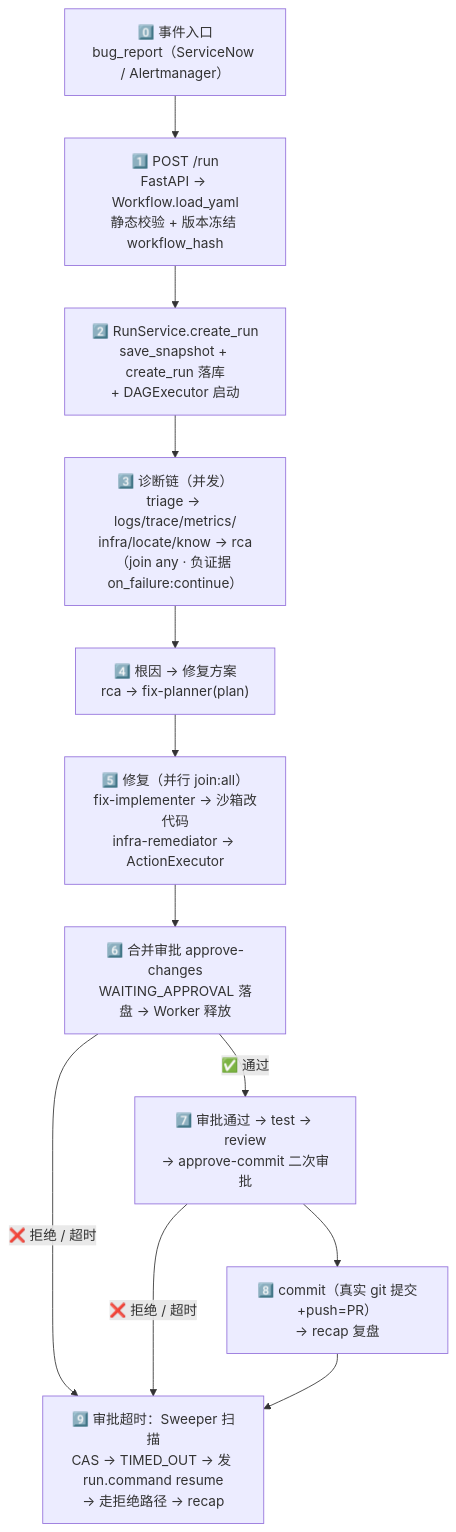
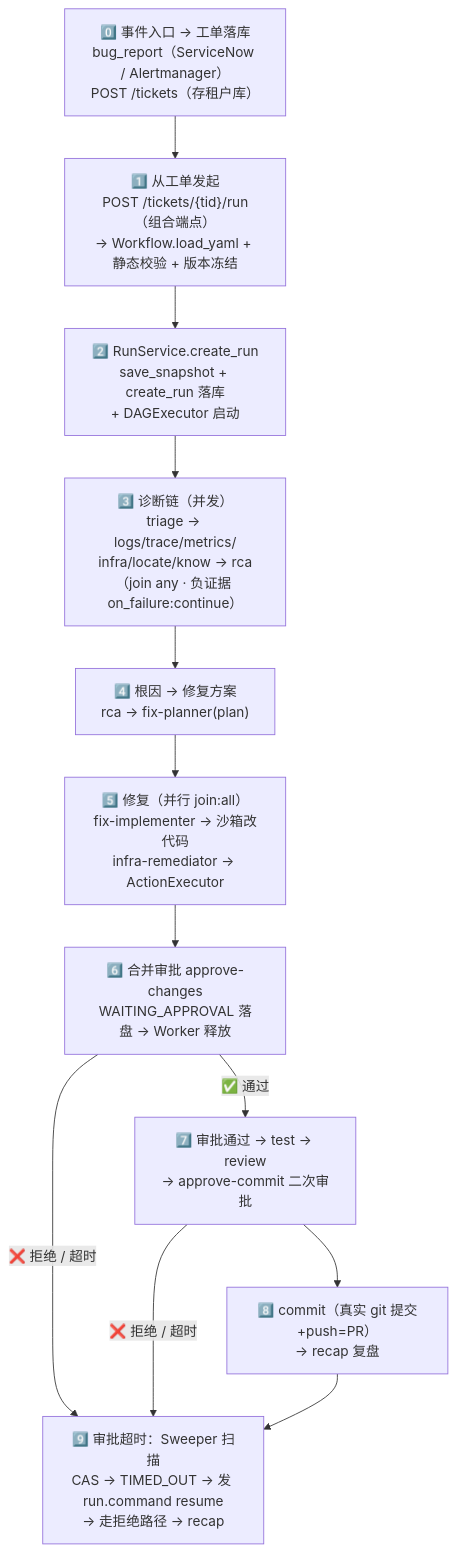
The second of 2 diagrams in PROJECT_FLOW_zh-CN.md (aiops-platform/multi-agent-workflow), drawn with Mermaid before and after one commit. The commit also changed other lines of this file and 10 other files, not shown here.

````diff
--- a/PROJECT_FLOW_zh-CN.md
+++ b/PROJECT_FLOW_zh-CN.md
@@ -98,19 +98,19 @@
 ```mermaid
 flowchart TB
-    S0["0️⃣ 事件入口<br/>bug_report（ServiceNow / Alertmanager）"]
-    S1["1️⃣ POST /run<br/>FastAPI → Workflow.load_yaml<br/>静态校验 + 版本冻结 workflow_hash"]
+    S0["0️⃣ 事件入口 → 工单落库<br/>bug_report（ServiceNow / Alertmanager）<br/>POST /tickets（存租户库）"]
+    S1["1️⃣ 从工单发起<br/>POST /tickets/{tid}/run（组合端点）<br/>→ Workflow.load_yaml + 静态校验 + 版本冻结"]
     S2["2️⃣ RunService.create_run<br/>save_snapshot + create_run 落库<br/>+ DAGExecutor 启动"]
     S3["3️⃣ 诊断链（并发）<br/>triage → logs/trace/metrics/<br/>infra/locate/know → rca<br/>（join any · 负证据 on_failure:continue）"]
     S4["4️⃣ 根因 → 修复方案<br/>rca → fix-planner(plan)"]
     S5["5️⃣ 修复（并行 join:all）<br/>fix-implementer → 沙箱改代码<br/>infra-remediator → ActionExecutor"]
     S6["6️⃣ 合并审批 approve-changes<br/>WAITING_APPROVAL 落盘 → Worker 释放"]
     S7["7️⃣ 审批通过 → test → review<br/>→ approve-commit 二次审批"]
     S8["8️⃣ commit（真实 git 提交+push=PR）<br/>→ recap 复盘"]
     S9["9️⃣ 审批超时：Sweeper 扫描<br/>CAS → TIMED_OUT → 发 run.command resume<br/>→ 走拒绝路径 → recap"]
 
     S0 --> S1 --> S2 --> S3 --> S4 --> S5 --> S6
     S6 -- "✅ 通过" --> S7 --> S8
     S6 -- "❌ 拒绝 / 超时" --> S9
     S7 -- "❌ 拒绝 / 超时" --> S9
     S8 --> S9
 ```
````
